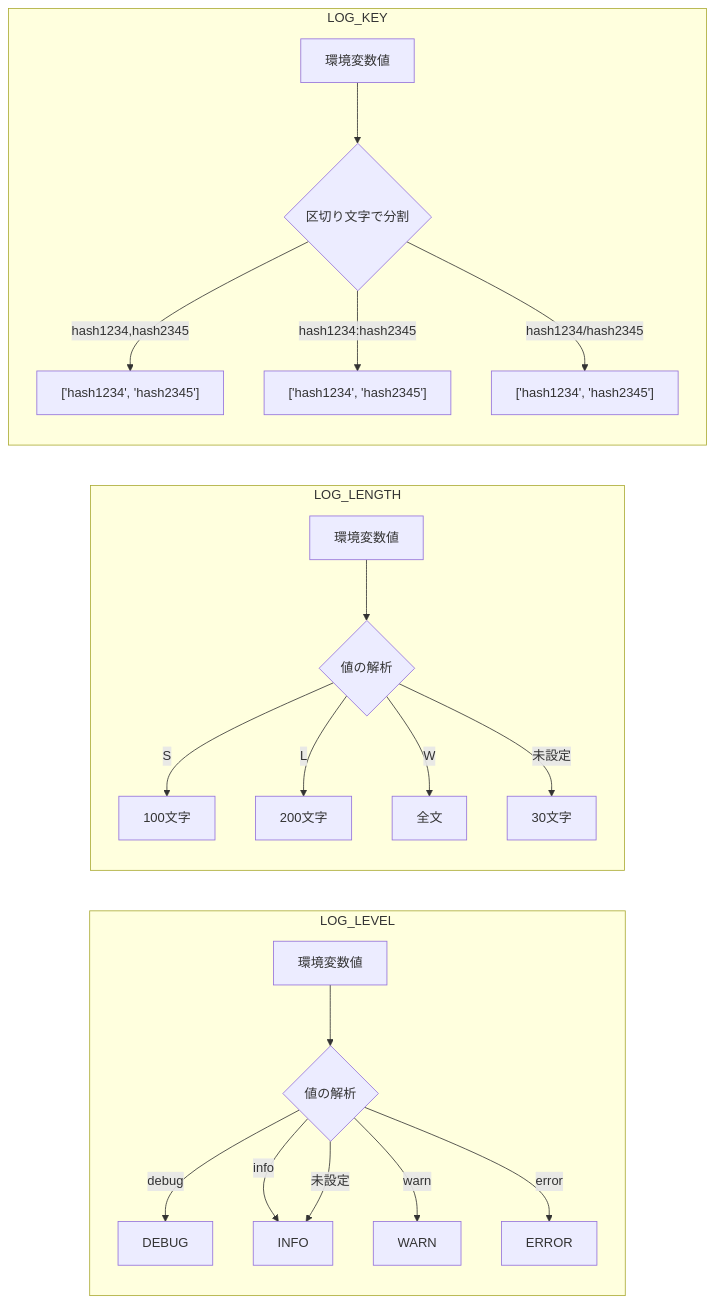
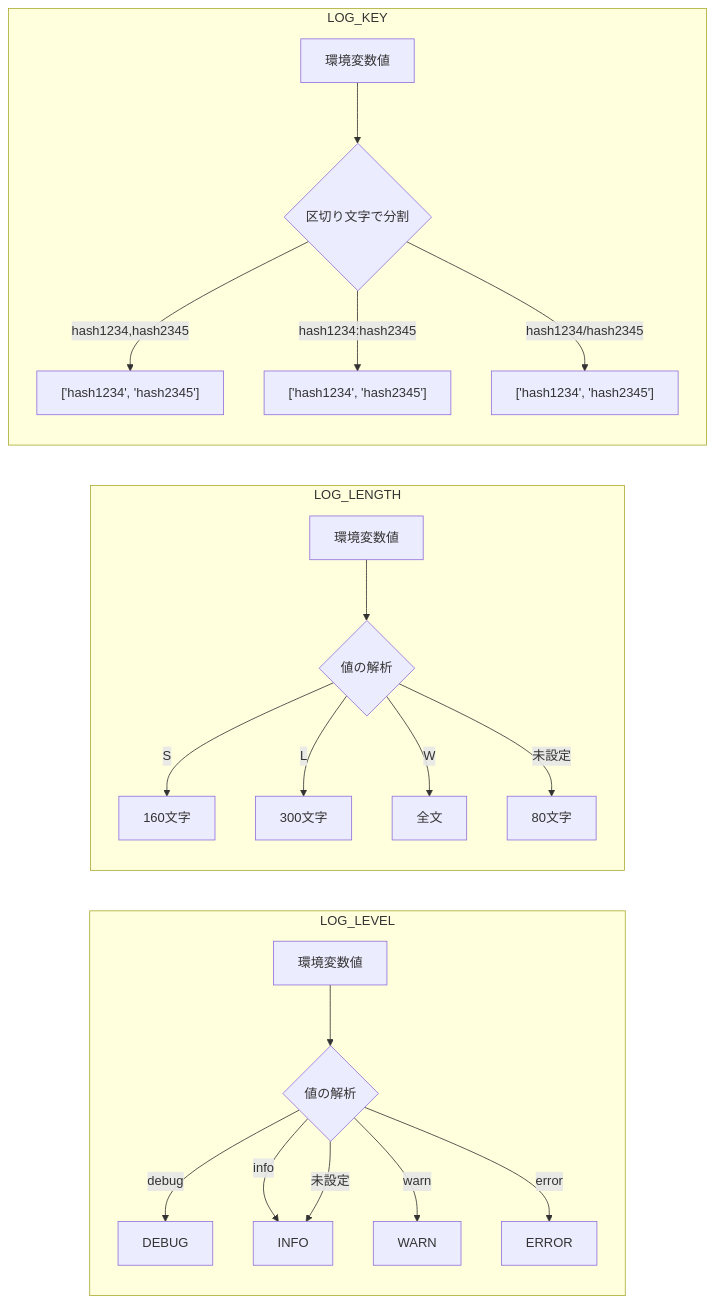
One commit to tettuan/breakdownlogger changed the fifth of 6 diagrams in docs/development.ja.md. Above: the diagram before and after it, drawn with Mermaid. The commit also changed other lines of this file and 12 other files, not shown here.

````diff
--- a/docs/development.ja.md
+++ b/docs/development.ja.md
@@ -185,26 +185,26 @@
 ```mermaid
 flowchart LR
     subgraph LOG_LEVEL
         LV["環境変数値"] --> LVP{値の解析}
         LVP -->|"debug"| DEBUG
         LVP -->|"info"| INFO
         LVP -->|"warn"| WARN
         LVP -->|"error"| ERROR
         LVP -->|未設定| INFO
     end
     
     subgraph LOG_LENGTH
         LL["環境変数値"] --> LLP{値の解析}
-        LLP -->|"S"| SHORT[100文字]
-        LLP -->|"L"| LONG[200文字]
+        LLP -->|"S"| SHORT[160文字]
+        LLP -->|"L"| LONG[300文字]
         LLP -->|"W"| WHOLE[全文]
-        LLP -->|未設定| DEFAULT[30文字]
+        LLP -->|未設定| DEFAULT[80文字]
     end
     
     subgraph LOG_KEY
         LK["環境変数値"] --> LKP{区切り文字で分割}
         LKP -->|"hash1234,hash2345"| KEYS1["['hash1234', 'hash2345']"]
         LKP -->|"hash1234:hash2345"| KEYS2["['hash1234', 'hash2345']"]
         LKP -->|"hash1234/hash2345"| KEYS3["['hash1234', 'hash2345']"]
     end
 ```
````
